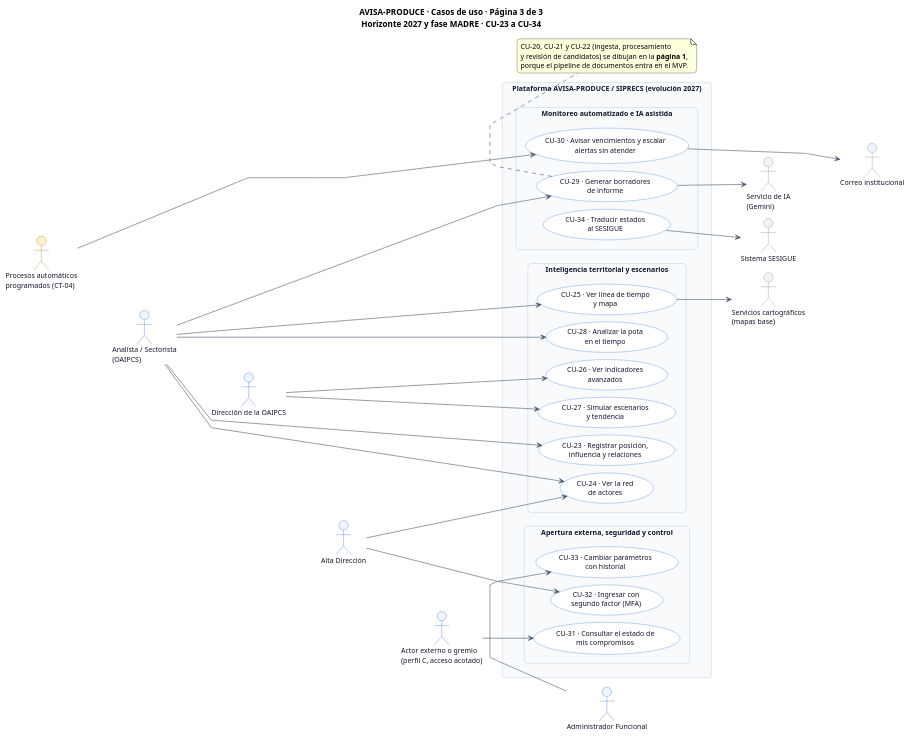
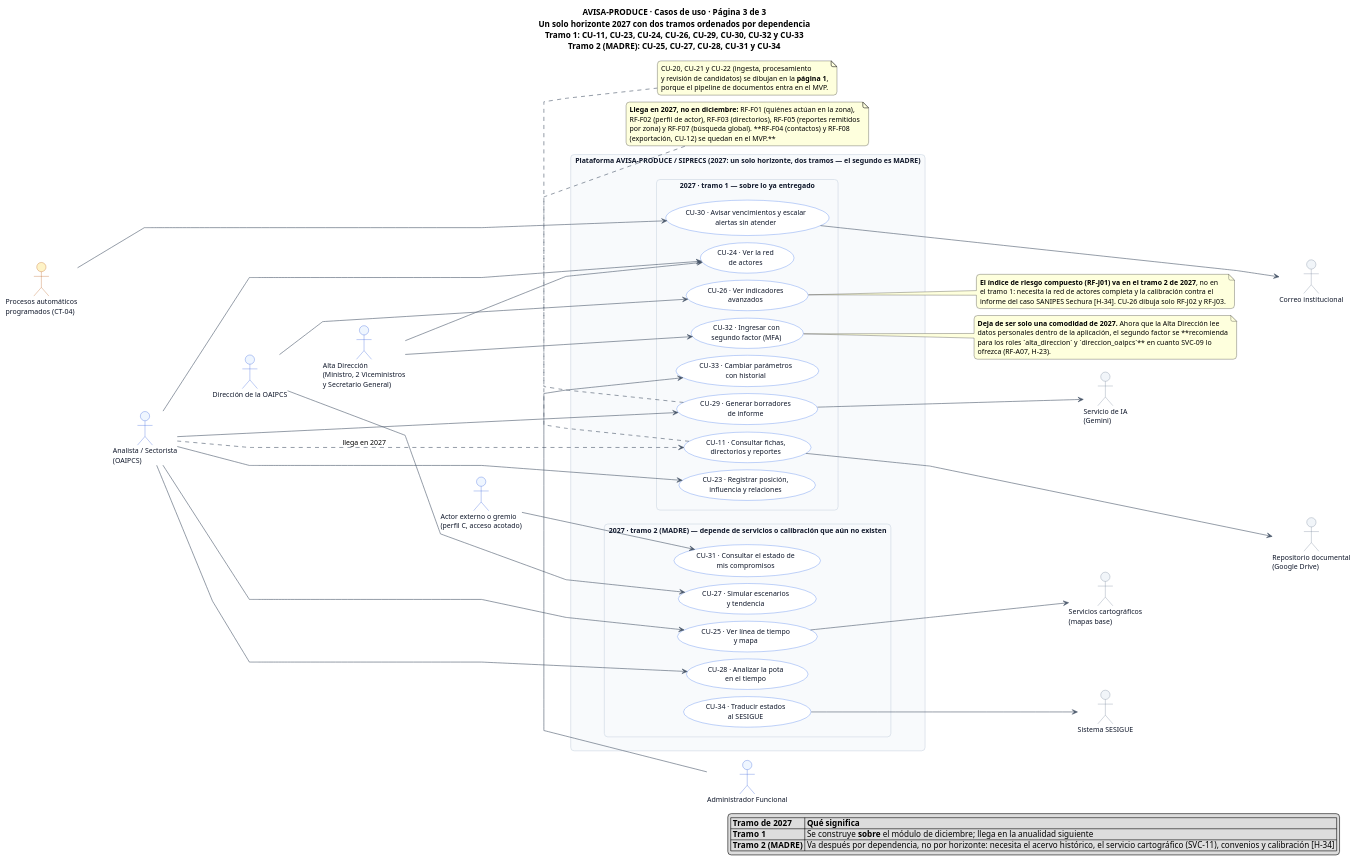
The third of 5 diagrams in docs/casos_uso/AVISA_CASOS_USO.puml (diegopaucarv/avisa), drawn with PlantUML before and after one commit. The commit also changed other lines of this file and 57 other files, not shown here.

```diff
--- a/docs/casos_uso/AVISA_CASOS_USO.puml
+++ b/docs/casos_uso/AVISA_CASOS_USO.puml
@@ -321,135 +411,158 @@
 @startuml AVISA_CU_2027
 left to right direction
 skinparam shadowing false
 skinparam roundcorner 12
 skinparam linetype polyline
 skinparam packageStyle rectangle
 skinparam defaultFontName Arial
 skinparam defaultFontSize 12
 skinparam nodesep 12
 skinparam ranksep 60
 
 skinparam rectangle {
   BackgroundColor #FFFFFF
   BorderColor #64748B
   FontColor #0F172A
   FontStyle bold
 }
 skinparam package {
   BackgroundColor #F8FAFC
   BorderColor #CBD5E1
   BorderStyle dashed
   FontColor #475569
   FontStyle bold
 }
 skinparam usecase {
   BackgroundColor #FFFFFF
   BorderColor #2563EB
   FontColor #0F172A
   ArrowColor #475569
 }
 skinparam actor {
   BackgroundColor #EFF6FF
   BorderColor #1D4ED8
   FontColor #0F172A
 }
 
-title AVISA-PRODUCE · Casos de uso · Página 3 de 3\nHorizonte 2027 y fase MADRE · CU-23 a CU-34
+title AVISA-PRODUCE · Casos de uso · Página 3 de 3\nUn solo horizonte 2027 con dos tramos ordenados por dependencia\nTramo 1: CU-11, CU-23, CU-24, CU-26, CU-29, CU-30, CU-32 y CU-33\nTramo 2 (MADRE): CU-25, CU-27, CU-28, CU-31 y CU-34
 
 ' =========================================================
 ' 1. ACTORES PRIMARIOS (Izquierda)
 ' =========================================================
 actor "Procesos automáticos\nprogramados (CT-04)" as reloj #FEF3C7;line:B45309
 actor "Analista / Sectorista\n(OAIPCS)" as analista27 #EFF6FF;line:1D4ED8
 actor "Dirección de la OAIPCS" as direccion27 #EFF6FF;line:1D4ED8
-actor "Alta Dirección" as alta27 #EFF6FF;line:1D4ED8
+actor "Alta Dirección\n(Ministro, 2 Viceministros\ny Secretario General)" as alta27 #EFF6FF;line:1D4ED8
 actor "Actor externo o gremio\n(perfil C, acceso acotado)" as externo #EFF6FF;line:1D4ED8
 actor "Administrador Funcional" as admin27 #EFF6FF;line:1D4ED8
 
 reloj -[hidden]down-> analista27
 analista27 -[hidden]down-> direccion27
 direccion27 -[hidden]down-> alta27
 alta27 -[hidden]down-> externo
 externo -[hidden]down-> admin27
 
 ' =========================================================
 ' 2. FRONTERA DEL SISTEMA
 ' =========================================================
-rectangle "Plataforma AVISA-PRODUCE / SIPRECS (evolución 2027)" {
+rectangle "Plataforma AVISA-PRODUCE / SIPRECS (2027: un solo horizonte, dos tramos — el segundo es MADRE)" {
 
-  package "Inteligencia territorial y escenarios" {
+  package "2027 · tramo 1 — sobre lo ya entregado" {
+    usecase "CU-11 · Consultar fichas,\ndirectorios y reportes" as uc_reportes27
     usecase "CU-23 · Registrar posición,\ninfluencia y relaciones" as uc_posicion
     usecase "CU-24 · Ver la red\nde actores" as uc_red
-    usecase "CU-25 · Ver línea de tiempo\ny mapa" as uc_mapa
-    usecase "CU-28 · Analizar la pota\nen el tiempo" as uc_pota
     usecase "CU-26 · Ver indicadores\navanzados" as uc_indicadores
-    usecase "CU-27 · Simular escenarios\ny tendencia" as uc_escenarios
+    usecase "CU-29 · Generar borradores\nde informe" as uc_borradores
+    usecase "CU-30 · Avisar vencimientos y escalar\nalertas sin atender" as uc_escalar
+    usecase "CU-32 · Ingresar con\nsegundo factor (MFA)" as uc_mfa
+    usecase "CU-33 · Cambiar parámetros\ncon historial" as uc_parametros
   }
 
-  package "Monitoreo automatizado e IA asistida" {
-    usecase "CU-29 · Generar borradores\nde informe" as uc_borradores
-    usecase "CU-30 · Avisar vencimientos y escalar\nalertas sin atender" as uc_escalar
+  package "2027 · tramo 2 (MADRE) — depende de servicios o calibración que aún no existen" {
+    usecase "CU-25 · Ver línea de tiempo\ny mapa" as uc_mapa
+    usecase "CU-27 · Simular escenarios\ny tendencia" as uc_escenarios
+    usecase "CU-28 · Analizar la pota\nen el tiempo" as uc_pota
+    usecase "CU-31 · Consultar el estado de\nmis compromisos" as uc_portal
     usecase "CU-34 · Traducir estados\nal SESIGUE" as uc_sesigue
-  }
-
-  package "Apertura externa, seguridad y control" {
-    usecase "CU-31 · Consultar el estado de\nmis compromisos" as uc_portal
-    usecase "CU-32 · Ingresar con\nsegundo factor (MFA)" as uc_mfa
-    usecase "CU-33 · Cambiar parámetros\ncon historial" as uc_parametros
   }
 }
 
 ' =========================================================
 ' 3. SISTEMAS EXTERNOS QUE ESTA LÁMINA USA
 ' =========================================================
 actor "Servicio de IA\n(Gemini)" as sys_ai27 #F1F5F9;line:64748B
 actor "Correo institucional" as sys_mail27 #F1F5F9;line:64748B
 actor "Sistema SESIGUE" as sys_sesigue #F1F5F9;line:64748B
 actor "Servicios cartográficos\n(mapas base)" as sys_mapas #F1F5F9;line:64748B
+actor "Repositorio documental\n(Google Drive)" as sys_drive27 #F1F5F9;line:64748B
 
 sys_ai27 -[hidden]down-> sys_mail27
+sys_mapas -[hidden]down-> sys_drive27
 note bottom of uc_borradores : CU-20, CU-21 y CU-22 (ingesta, procesamiento\ny revisión de candidatos) se dibujan en la **página 1**,\nporque el pipeline de documentos entra en el MVP.
+
+note bottom of uc_reportes27
+  **Llega en 2027, no en diciembre:** RF-F01 (quiénes actúan en la zona),
+  RF-F02 (perfil de actor), RF-F03 (directorios), RF-F05 (reportes remitidos
+  por zona) y RF-F07 (búsqueda global). **RF-F04 (contactos) y RF-F08
+  (exportación, CU-12) se quedan en el MVP.**
+end note
+
+note right of uc_mfa
+  **Deja de ser solo una comodidad de 2027.** Ahora que la Alta Dirección lee
+  datos personales dentro de la aplicación, el segundo factor se **recomienda
+  para los roles `alta_direccion` y `direccion_oaipcs`** en cuanto SVC-09 lo
+  ofrezca (RF-A07, H-23).
+end note
+
+note right of uc_indicadores
+  **El índice de riesgo compuesto (RF-J01) va en el tramo 2 de 2027**, no en
+  el tramo 1: necesita la red de actores completa y la calibración contra el
+  informe del caso SANIPES Sechura [H-34]. CU-26 dibuja solo RF-J02 y RF-J03.
+end note
 
 
 ' =========================================================
 ' 4. RELACIONES ACTOR → CASO
 ' =========================================================
 reloj --> uc_escalar
+
+' CU-11 llega con 2027: por eso no se dibuja en la página 1
+analista27 ..> uc_reportes27 : «llega en 2027»
 
 analista27 --> uc_borradores
 analista27 --> uc_posicion
 analista27 --> uc_red
 analista27 --> uc_mapa
 analista27 --> uc_pota
 
 direccion27 --> uc_indicadores
 direccion27 --> uc_escenarios
 
 alta27 --> uc_red
 alta27 --> uc_mfa
 
 externo --> uc_portal
 admin27 --> uc_parametros
 
 ' =========================================================
 ' 5. RELACIONES ENTRE CASOS (cadena de ingesta y consumo)
 ' =========================================================
 ' CU-20, CU-21 y CU-22 se dibujan en la página 1: el pipeline
-' de documentos entra en el MVP. Aquí queda solo lo de 2027.
+' de documentos entra en el MVP. Aquí queda solo 2027, con sus dos tramos.
 
 ' =========================================================
 ' 6. INTEGRACIONES EXTERNAS
 ' =========================================================
 uc_borradores --> sys_ai27
 uc_escalar --> sys_mail27
 uc_sesigue --> sys_sesigue
 uc_mapa --> sys_mapas
+uc_reportes27 --> sys_drive27
 
-' =========================================================
-' 7. CONTROLES TRANSVERSALES (no son casos de uso · ERS §3.4)
-' =========================================================
-
-
-
+legend right
+  |= Tramo de 2027 |= Qué significa |
+  | **Tramo 1** | Se construye **sobre** el módulo de diciembre; llega en la anualidad siguiente |
+  | **Tramo 2 (MADRE)** | Va después por dependencia, no por horizonte: necesita el acervo histórico, el servicio cartográfico (SVC-11), convenios y calibración [H-34] |
+endlegend
 
 @enduml
```
